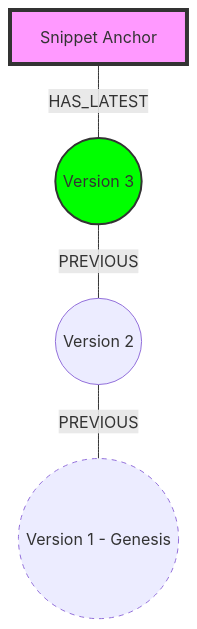
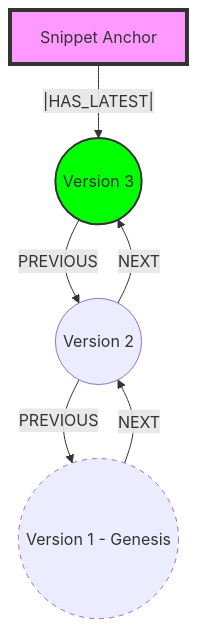
Before and after one commit to kevshouse/uber-sieben-brucken: the diagram in docs/04-graph-mutation-spec.md, drawn with Mermaid.

Commit message:
Refactored 04-graph-mutation-spec.md

````diff
--- a/docs/04-graph-mutation-spec.md
+++ b/docs/04-graph-mutation-spec.md
@@ -24,10 +24,12 @@
 ```mermaid
 graph TD
-    S[Snippet Anchor] ---|HAS_LATEST| V3((Version 3))
-    V3 ---|PREVIOUS| V2((Version 2))
-    V2 ---|PREVIOUS| V1((Version 1 - Genesis))
+    S[Snippet Anchor] --|HAS_LATEST|--> V3((Version 3))
+    V3 --PREVIOUS--> V2((Version 2)) --NEXT--> V3
+    V2 --PREVIOUS--> V1((Version 1 - Genesis))
+    V1 --NEXT--> V2
+    
 
     style S fill:#f9f,stroke:#333,stroke-width:4px
     style V3 fill:#00ff00,stroke:#333,stroke-width:2px
     style V1 stroke-dasharray: 5 5
 ```
````
